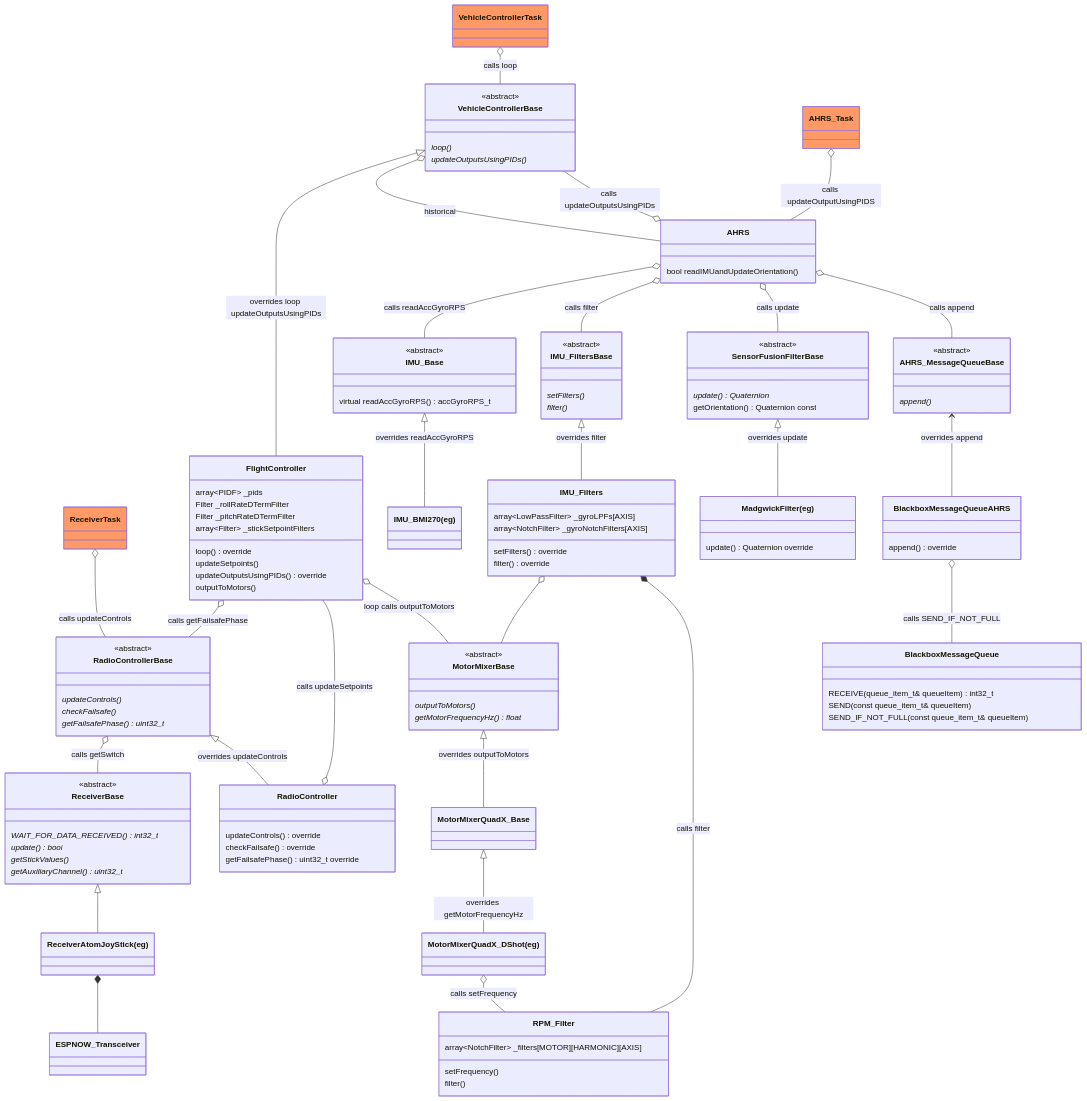
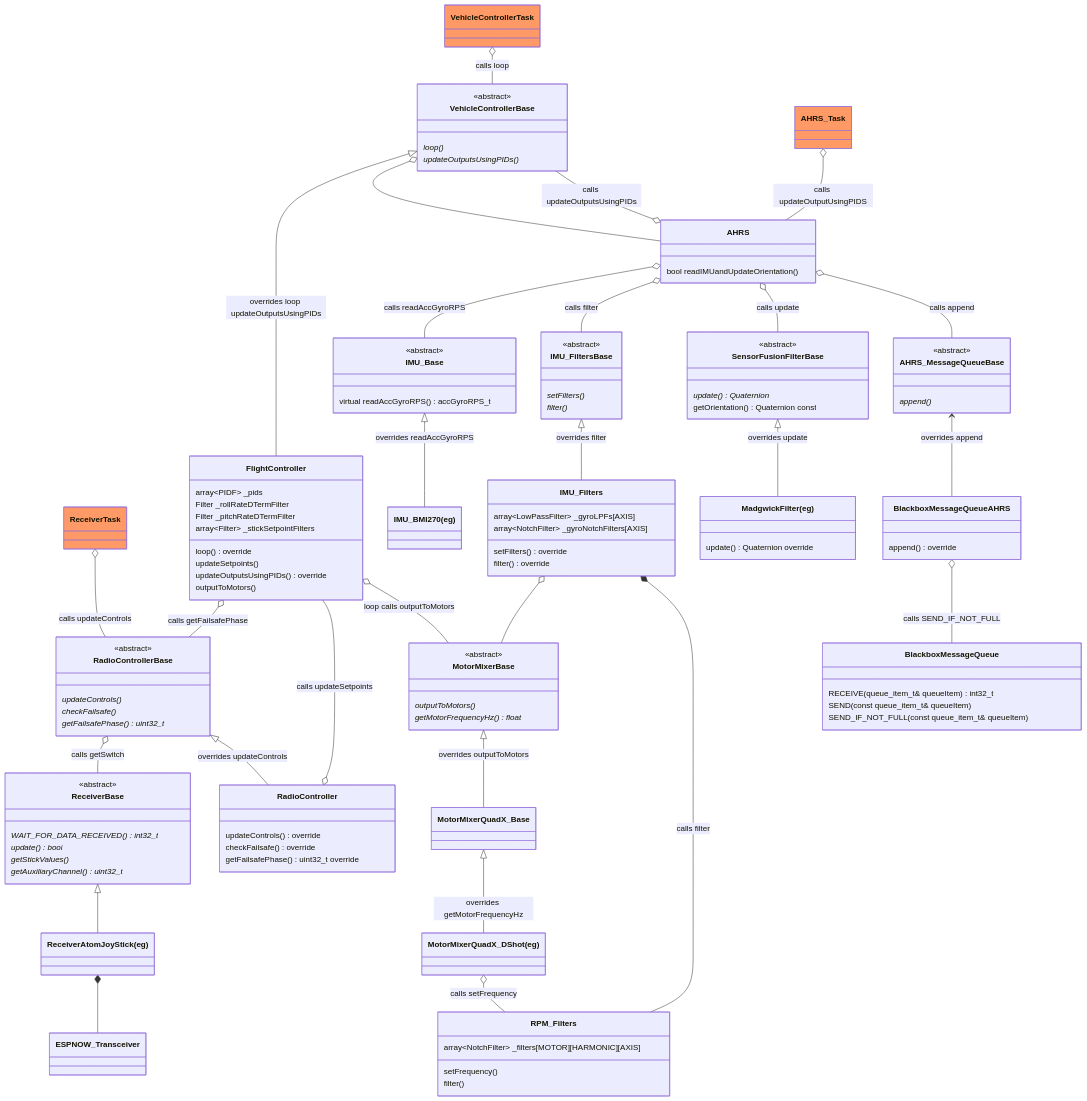
The first of 5 diagrams in README.md (martinbudden/Protoflight), drawn with Mermaid before and after one commit. The commit also changed other lines of this file and 18 other files, not shown here.

```diff
--- a/README.md
+++ b/README.md
@@ -331,7 +331,7 @@
 
     VehicleControllerBase <|-- FlightController : overrides loop updateOutputsUsingPIDs
     AHRS o-- VehicleControllerBase : calls updateOutputsUsingPIDs
-    VehicleControllerBase o-- AHRS : historical
+    VehicleControllerBase o-- AHRS
     %%AHRS --o VehicleControllerBase : historical
 
     class ReceiverBase {
@@ -363,12 +363,12 @@
     }
     link RadioController "https://github.com/martinbudden/protoflight/blob/main/lib/FlightController/src/RadioController.h"
 
-    class RPM_Filter {
+    class RPM_Filters {
         array~NotchFilter~ _filters[MOTOR][HARMONIC][AXIS]
         setFrequency()
         filter()
     }
-    link RPM_Filter "https://github.com/martinbudden/protoflight/blob/main/lib/FlightController/src/RPM_Filter.h"
+    link RPM_Filters "https://github.com/martinbudden/protoflight/blob/main/lib/FlightController/src/RPM_Filters.h"
 
     IMU_FiltersBase <|-- IMU_Filters : overrides filter
     class IMU_Filters {
@@ -379,7 +379,7 @@
     }
     link IMU_Filters "https://github.com/martinbudden/protoflight/blob/main/lib/FlightController/src/IMU_Filters.h"
     IMU_Filters o-- MotorMixerBase
-    IMU_Filters *-- RPM_Filter : calls filter
+    IMU_Filters *-- RPM_Filters : calls filter
 
     MotorMixerQuadX_Base <|-- MotorMixerQuadX_DShot : overrides getMotorFrequencyHz
     class MotorMixerQuadX_Base
@@ -387,7 +387,7 @@
 
     class MotorMixerQuadX_DShot["MotorMixerQuadX_DShot(eg)"]
     link MotorMixerQuadX_DShot "https://github.com/martinbudden/protoflight/blob/main/lib/MotorMixers/src/MotorMixerQuadX_DShot.h"
-    MotorMixerQuadX_DShot o-- RPM_Filter : calls setFrequency
+    MotorMixerQuadX_DShot o-- RPM_Filters : calls setFrequency
 
     IMU_Base <|-- IMU_BMI270 : overrides readAccGyroRPS
     class IMU_BMI270["IMU_BMI270(eg)"]
```
